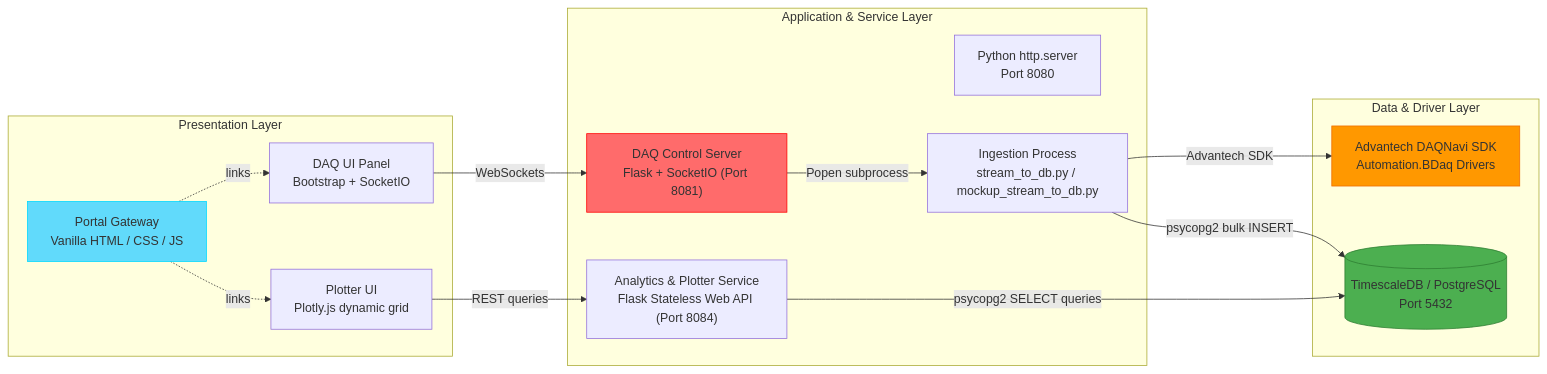
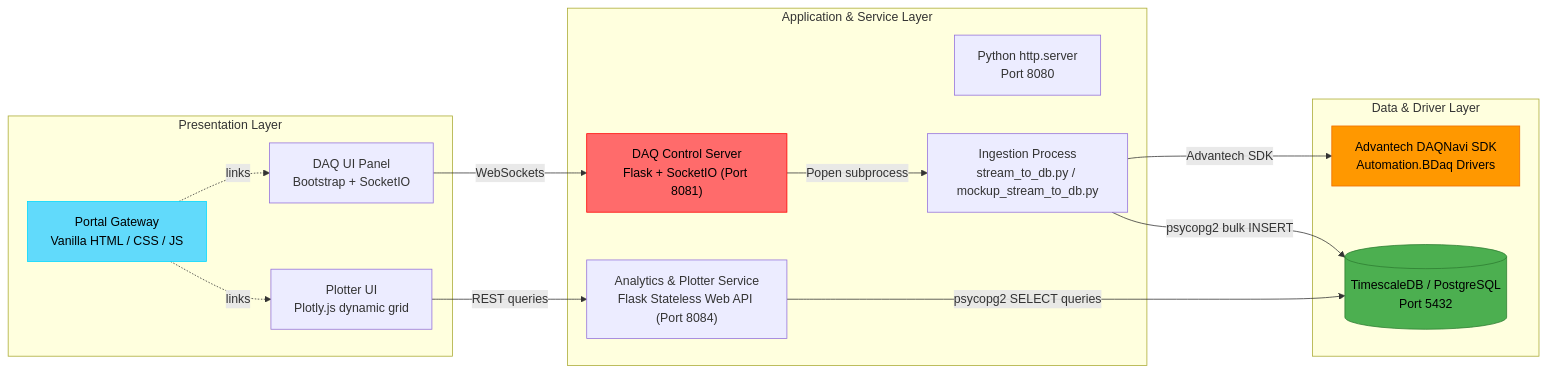
The second of 3 diagrams in README.md (Faiisu/DAQ-USB-4716), drawn with Mermaid before and after one commit. The commit also changed other lines of this file, not shown here.

Commit message:
docs(readme): specify explicit black font color for light-filled Mermaid nodes to improve contrast

````diff
--- a/README.md
+++ b/README.md
@@ -49,36 +49,36 @@
 ```mermaid
 graph LR
     subgraph "Presentation Layer"
         Portal[Portal Gateway<br/>Vanilla HTML / CSS / JS]
         DAQView[DAQ UI Panel<br/>Bootstrap + SocketIO]
         PlotView[Plotter UI<br/>Plotly.js dynamic grid]
     end
 
     subgraph "Application & Service Layer"
         WebServer[Python http.server<br/>Port 8080]
         DAQGUISvc["DAQ Control Server<br/>Flask + SocketIO (Port 8081)"]
         PlotSvc["Analytics & Plotter Service<br/>Flask Stateless Web API (Port 8084)"]
         DAQStream[Ingestion Process<br/>stream_to_db.py / mockup_stream_to_db.py]
     end
 
     subgraph "Data & Driver Layer"
         TimescaleDB[(TimescaleDB / PostgreSQL<br/>Port 5432)]
         BDAQSDK[Advantech DAQNavi SDK<br/>Automation.BDaq Drivers]
     end
 
     Portal -.->|links| DAQView
     Portal -.->|links| PlotView
 
     DAQView -->|WebSockets| DAQGUISvc
     DAQGUISvc -->|Popen subprocess| DAQStream
     PlotView -->|REST queries| PlotSvc
 
     DAQStream -->|Advantech SDK| BDAQSDK
     DAQStream -->|psycopg2 bulk INSERT| TimescaleDB
     PlotSvc -->|psycopg2 SELECT queries| TimescaleDB
 
-    style Portal fill:#61dafb,stroke:#00d8ff
-    style DAQGUISvc fill:#ff6b6b,stroke:#ff0000
-    style TimescaleDB fill:#4caf50,stroke:#2e7d32
-    style BDAQSDK fill:#ff9800,stroke:#ef6c00
+    style Portal fill:#61dafb,stroke:#00d8ff,color:#000
+    style DAQGUISvc fill:#ff6b6b,stroke:#ff0000,color:#000
+    style TimescaleDB fill:#4caf50,stroke:#2e7d32,color:#000
+    style BDAQSDK fill:#ff9800,stroke:#ef6c00,color:#000
 ```
````
